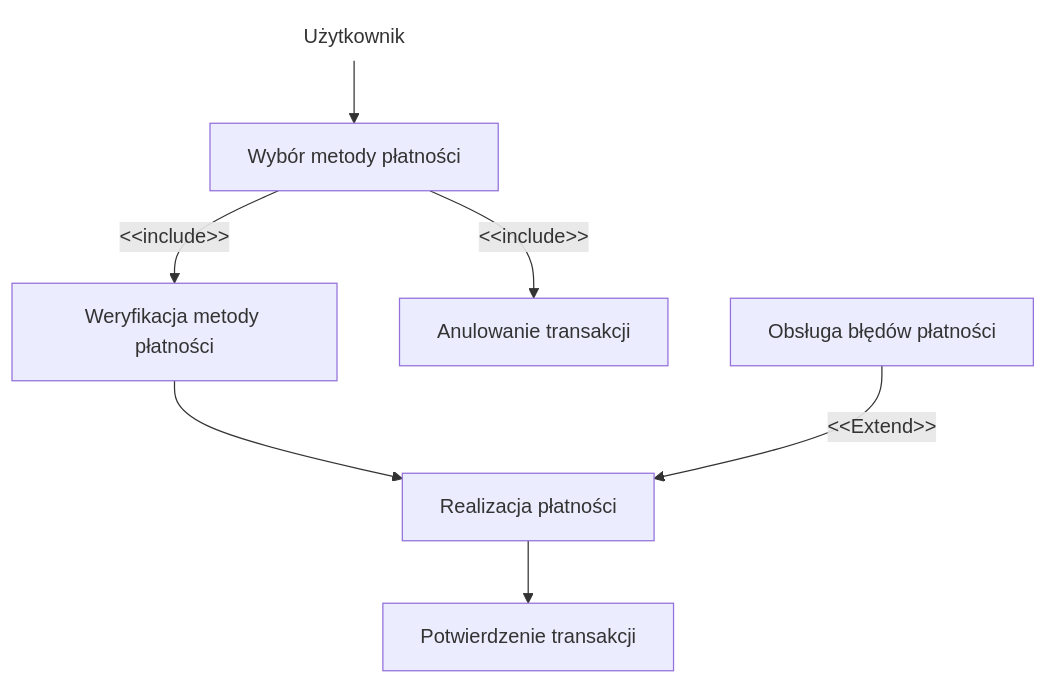
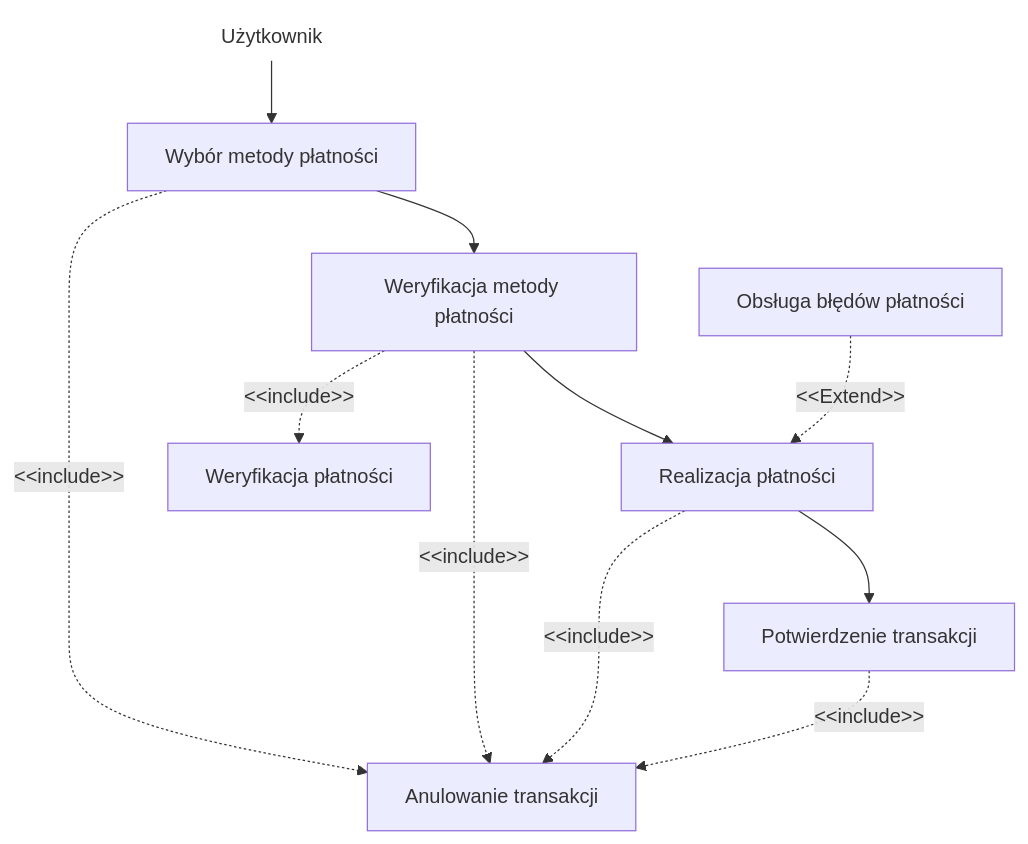
One commit to RukatM/MWO changed the fourth of 4 diagrams in uzytkownik.md. Above: the diagram before and after it, drawn with Mermaid. The commit also changed other lines of this file, not shown here.

````diff
--- a/uzytkownik.md
+++ b/uzytkownik.md
@@ -60,10 +72,15 @@
 ```mermaid
 flowchart TD
-    A["Wybór metody płatności"] -- &lt;&lt;include&gt;&gt; --> B["Weryfikacja metody płatności"] & E["Anulowanie transakcji"]
+    A["Wybór metody płatności"] --> B["Weryfikacja metody płatności"]
+    A -. &lt;&lt;include&gt;&gt; .-> E["Anulowanie transakcji"]
     B --> C["Realizacja płatności"]
+    B -. "<span style=padding-left:>&lt;&lt;include&gt;&gt;</span>" .-> E
+    B -. &lt;&lt;include&gt;&gt; .-> n2["Weryfikacja płatności"]
     C --> D["Potwierdzenie transakcji"]
-    F["Obsługa błędów płatności"] -- &lt;&lt;Extend&gt;&gt; --> C
+    C -. "<span style=padding-left:>&lt;&lt;include&gt;&gt;</span>" .-> E
+    F["Obsługa błędów płatności"] -. &lt;&lt;Extend&gt;&gt; .-> C
     n1["Użytkownik"] --> A
+    D -. "<span style=padding-left:>&lt;&lt;include&gt;&gt;</span>" .-> E
 
     n1@{ shape: text}
 ```
````
